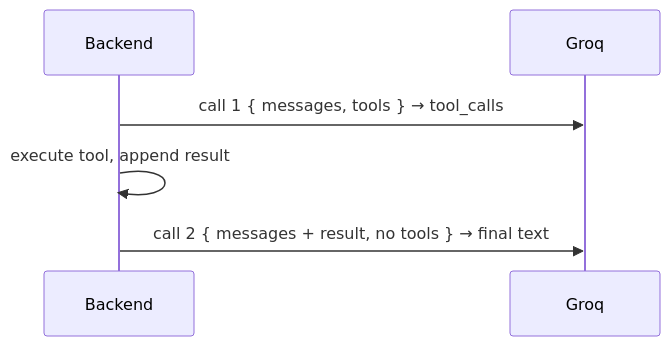
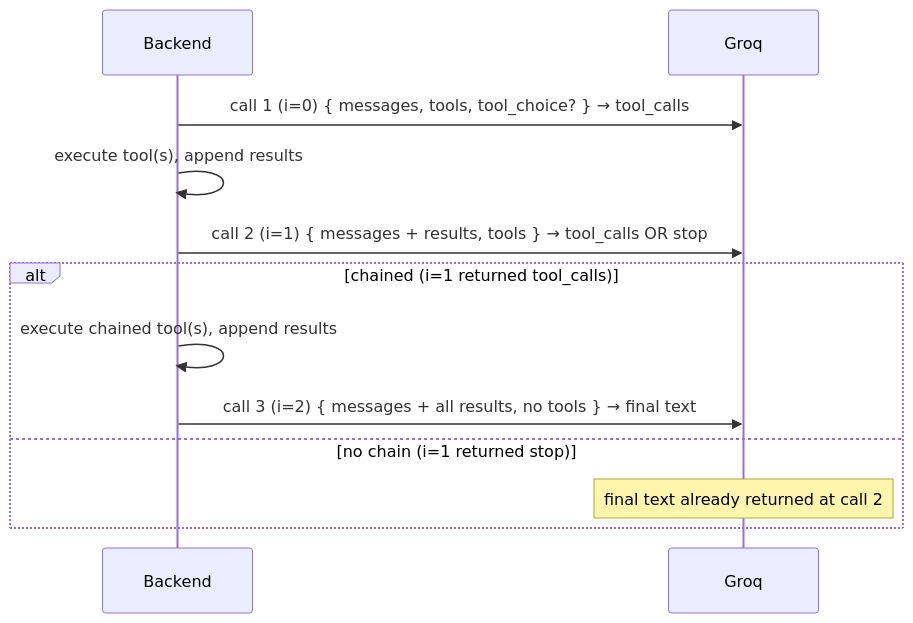
Before and after one commit to pepegummo/Project-Dashboard: the third of 3 diagrams in docs/ai-workflow.md, drawn with Mermaid. The commit also changed other lines of this file and 4 other files, not shown here.

````diff
--- a/docs/ai-workflow.md
+++ b/docs/ai-workflow.md
@@ -123,8 +139,14 @@
 ```mermaid
 sequenceDiagram
     participant BE as Backend
     participant Groq
-    BE->>Groq: call 1 { messages, tools }  → tool_calls
-    BE->>BE: execute tool, append result
-    BE->>Groq: call 2 { messages + result, no tools } → final text
+    BE->>Groq: call 1 (i=0) { messages, tools, tool_choice? } → tool_calls
+    BE->>BE: execute tool(s), append results
+    BE->>Groq: call 2 (i=1) { messages + results, tools } → tool_calls OR stop
+    alt chained (i=1 returned tool_calls)
+        BE->>BE: execute chained tool(s), append results
+        BE->>Groq: call 3 (i=2) { messages + all results, no tools } → final text
+    else no chain (i=1 returned stop)
+        note over Groq: final text already returned at call 2
+    end
 ```
````
